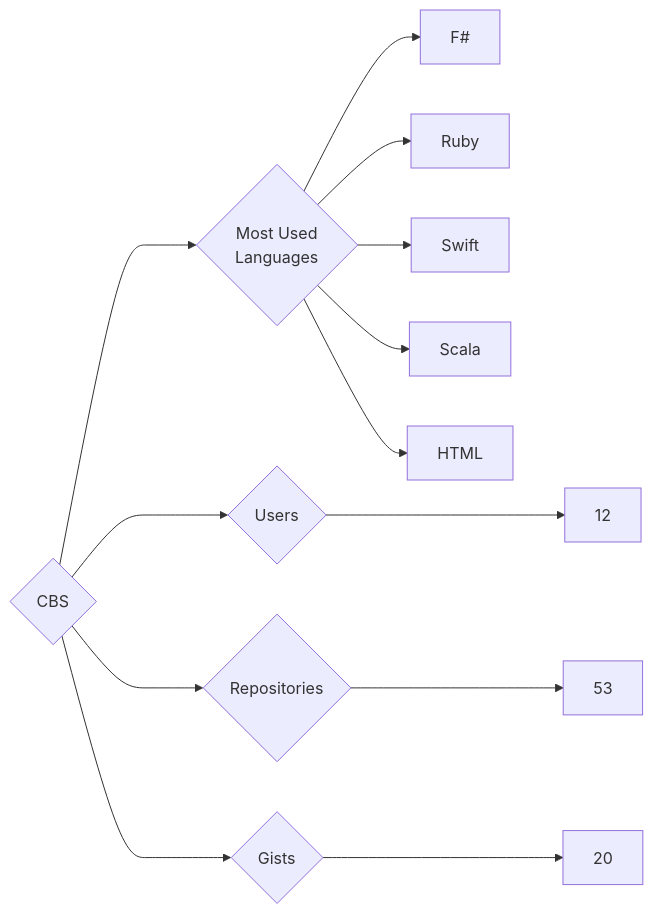
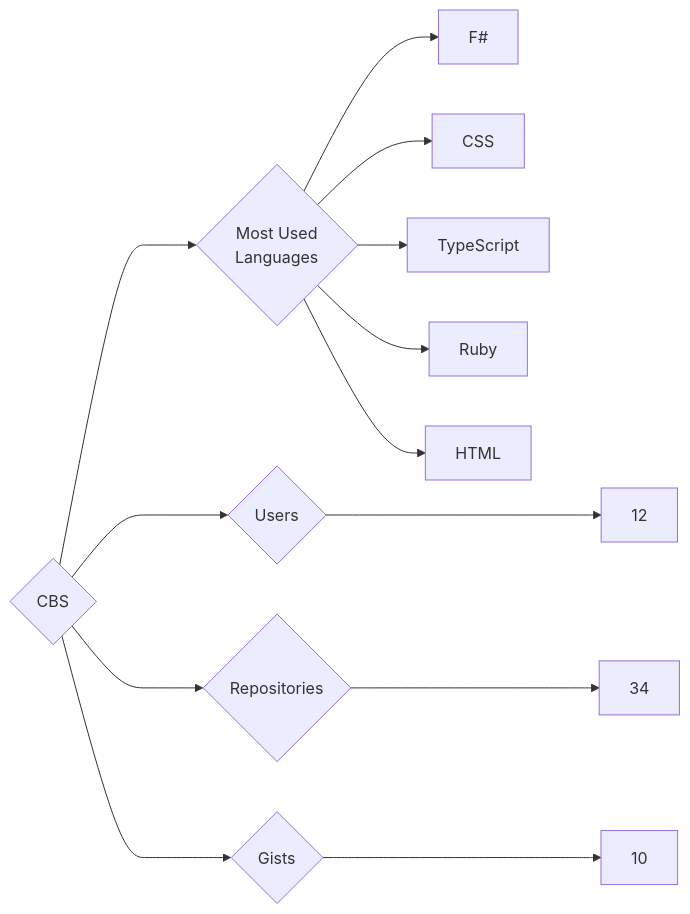
One commit to trickest/insiders changed the diagram in targets/CBS/README.md. Above: the diagram before and after it, drawn with Mermaid. The commit also changed 440 other files, not shown here.

````diff
--- a/targets/CBS/README.md
+++ b/targets/CBS/README.md
@@ -3,13 +3,13 @@
 ```mermaid
 graph LR
 COMPANY_NAME{CBS}
 COMPANY_NAME ---> U{Users} ---> UN[12]
-COMPANY_NAME ---> R{Repositories} ---> RN[53]
-COMPANY_NAME ---> G{Gists} ---> GN[20]
+COMPANY_NAME ---> R{Repositories} ---> RN[34]
+COMPANY_NAME ---> G{Gists} ---> GN[10]
 COMPANY_NAME ---> ML{Most Used<br>Languages}
 ML --> F#[F#]
+ML --> CSS[CSS]
+ML --> TypeScript[TypeScript]
 ML --> Ruby[Ruby]
-ML --> Swift[Swift]
-ML --> Scala[Scala]
 ML --> HTML[HTML]
 ```
````
